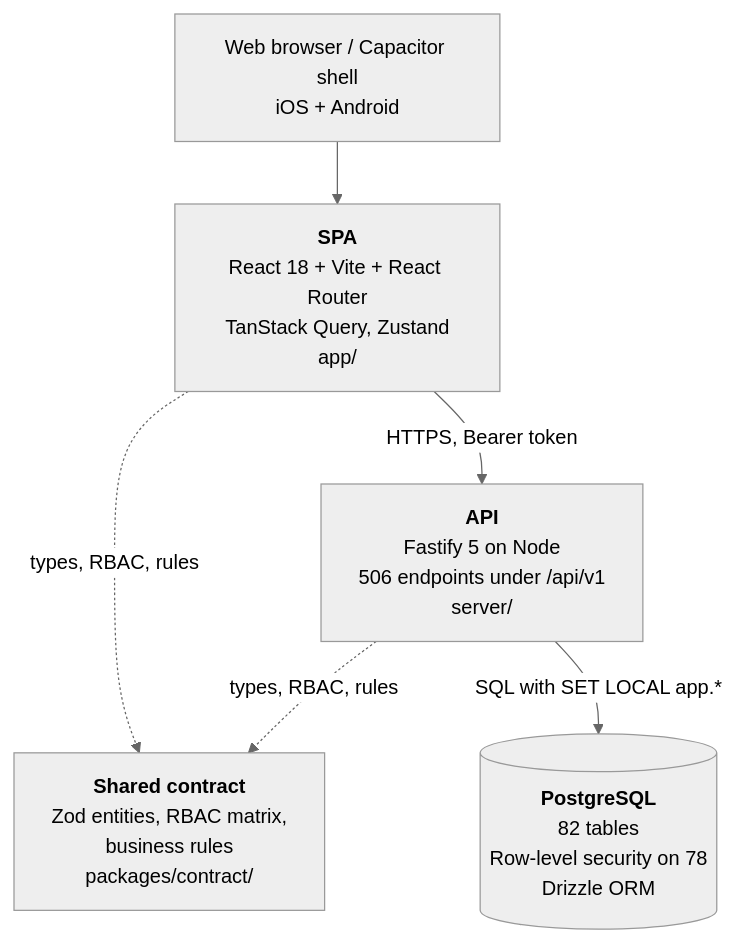
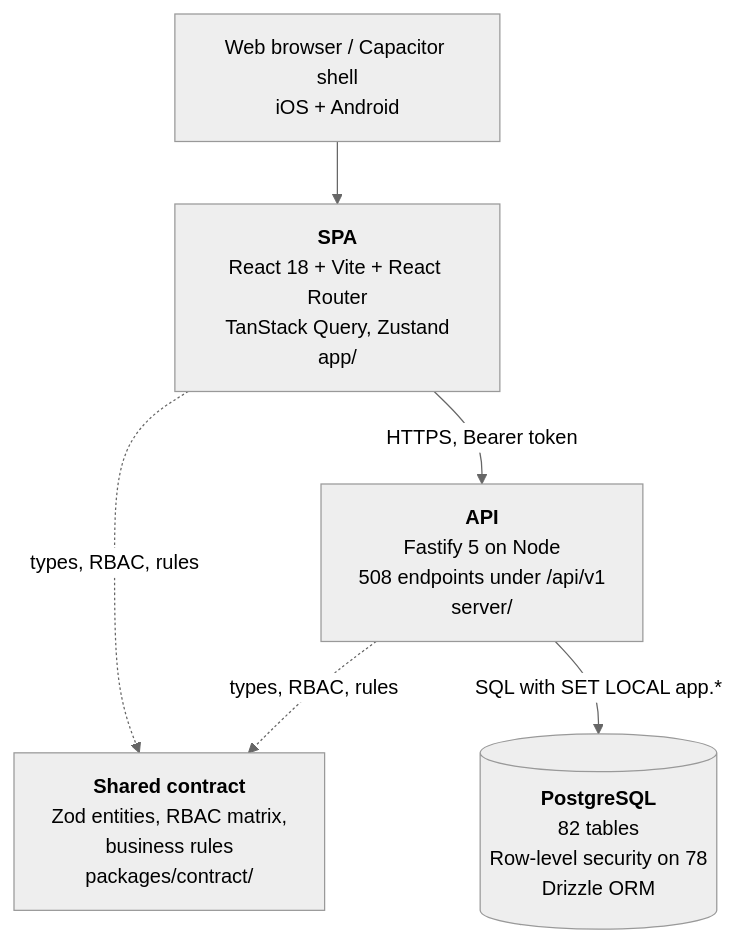
One commit to tazamohd/SlClNe changed the second of 4 diagrams in docs/15_C4_ARCHITECTURE_DIAGRAMS/C4_MODEL.md. Above: the diagram before and after it, drawn with Mermaid (neutral theme). The commit also changed other lines of this file and 40 other files, not shown here.

````diff
--- a/docs/15_C4_ARCHITECTURE_DIAGRAMS/C4_MODEL.md
+++ b/docs/15_C4_ARCHITECTURE_DIAGRAMS/C4_MODEL.md
@@ -42,13 +42,13 @@
 ```mermaid
 flowchart TB
   browser["Web browser / Capacitor shell<br/>iOS + Android"]
   spa["<b>SPA</b><br/>React 18 + Vite + React Router<br/>TanStack Query, Zustand<br/>app/"]
-  api["<b>API</b><br/>Fastify 5 on Node<br/>506 endpoints under /api/v1<br/>server/"]
+  api["<b>API</b><br/>Fastify 5 on Node<br/>508 endpoints under /api/v1<br/>server/"]
   contract["<b>Shared contract</b><br/>Zod entities, RBAC matrix,<br/>business rules<br/>packages/contract/"]
   db[("<b>PostgreSQL</b><br/>82 tables<br/>Row-level security on 78<br/>Drizzle ORM")]
   browser --> spa
   spa -->|"HTTPS, Bearer token"| api
   spa -.->|"types, RBAC, rules"| contract
   api -.->|"types, RBAC, rules"| contract
   api -->|"SQL with SET LOCAL app.*"| db
 ```
````
